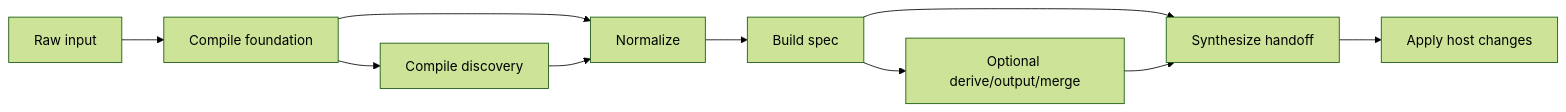
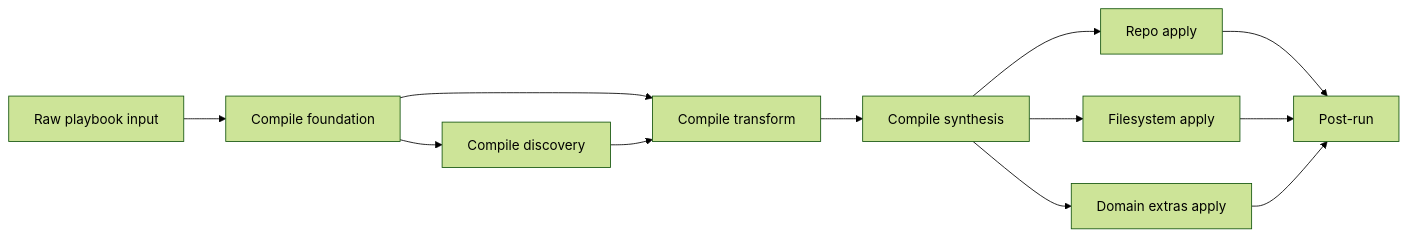
One commit to rektide/compfuzor changed the diagram in doc/arch.md. Above: the diagram before and after it, drawn with Mermaid (forest theme). The commit also changed other lines of this file, not shown here.

Commit message:
Restructure architecture doc around layers and contracts

````diff
--- a/doc/arch.md
+++ b/doc/arch.md
@@ -59,21 +74,24 @@
 ```mermaid
 flowchart LR
-  raw_input[Raw input]
+  raw[Raw playbook input]
   foundation[Compile foundation]
   discovery[Compile discovery]
-  normalize[Normalize]
-  spec[Build spec]
-  derive[Optional derive/output/merge]
-  synthesize[Synthesize handoff]
-  apply[Apply host changes]
+  transform[Compile transform]
+  synthesize[Compile synthesis]
+  repo[Repo apply]
+  fs[Filesystem apply]
+  extras[Domain extras apply]
+  post[Post-run]
 
-  raw_input --> foundation
+  raw --> foundation
   foundation --> discovery
-  foundation --> normalize
-  discovery --> normalize
-  normalize --> spec
-  spec --> derive
-  spec --> synthesize
-  derive --> synthesize
-  synthesize --> apply
+  foundation --> transform
+  discovery --> transform
+  transform --> synthesize
+  synthesize --> repo
+  synthesize --> fs
+  synthesize --> extras
+  repo --> post
+  fs --> post
+  extras --> post
 ```
````
